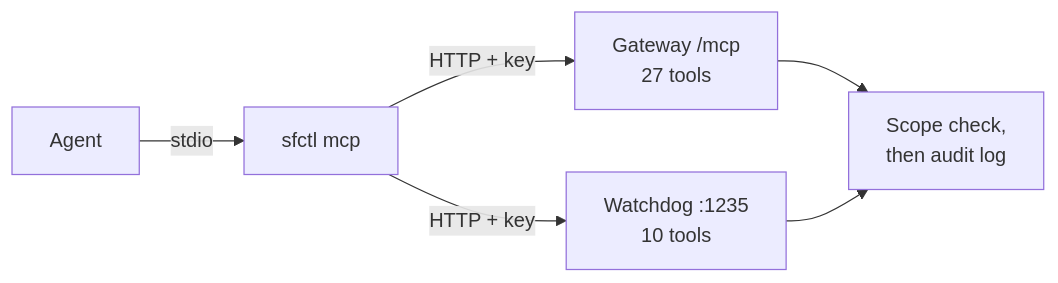
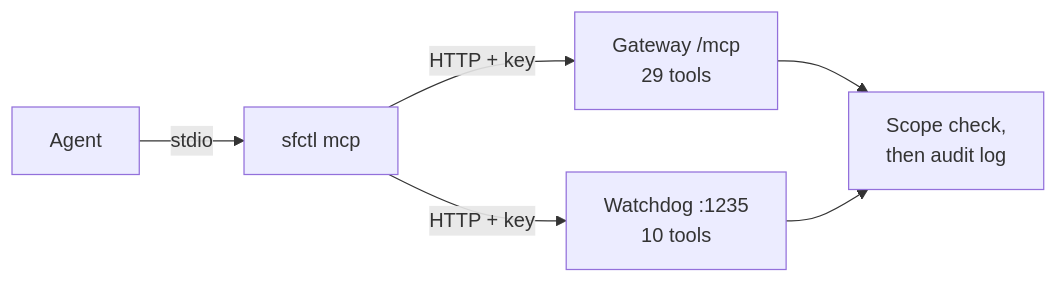
The ninth of 10 diagrams in README.md (LaserLloyd/StudioForge), drawn with Mermaid before and after one commit. The commit also changed other lines of this file and 33 other files, not shown here.

````diff
--- a/README.md
+++ b/README.md
@@ -372,8 +372,8 @@
 ```mermaid
 flowchart LR
   agent["Agent"] -- "stdio" --> bridge["sfctl mcp"]
-  bridge -- "HTTP + key" --> g["Gateway /mcp<br/>27 tools"]
+  bridge -- "HTTP + key" --> g["Gateway /mcp<br/>29 tools"]
   bridge -- "HTTP + key" --> w["Watchdog :1235<br/>10 tools"]
   g --> pol["Scope check,<br/>then audit log"]
   w --> pol
 ```
````
